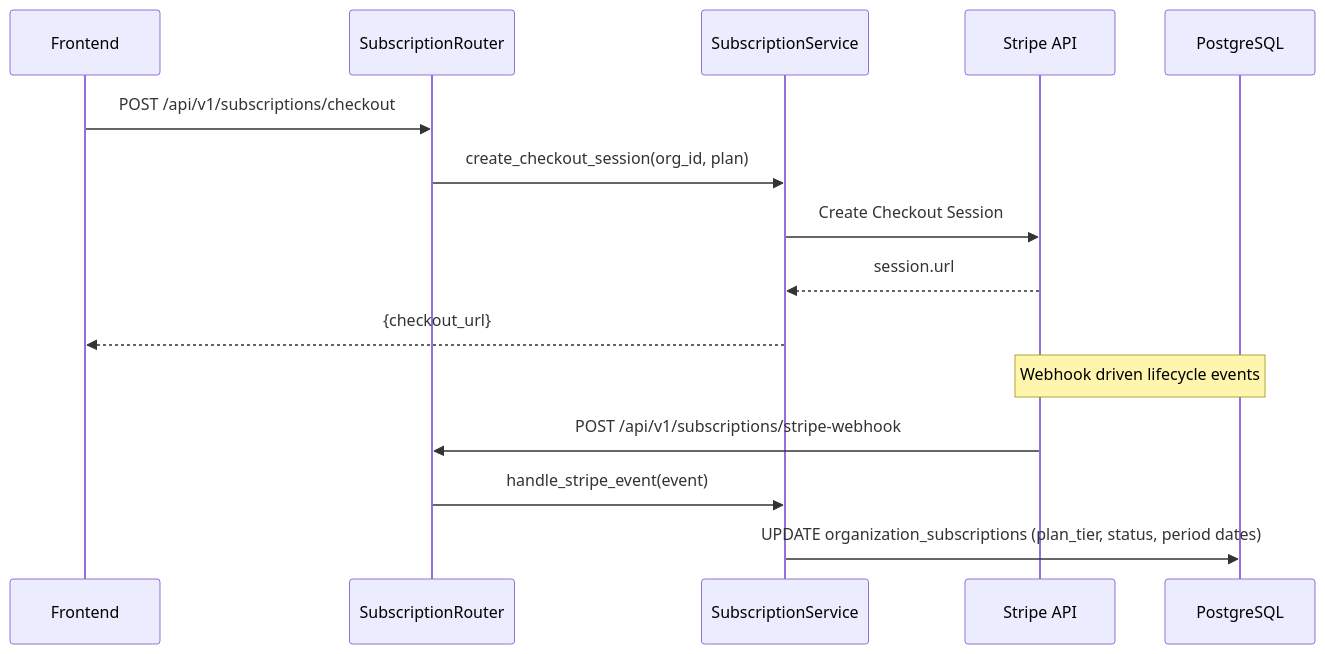
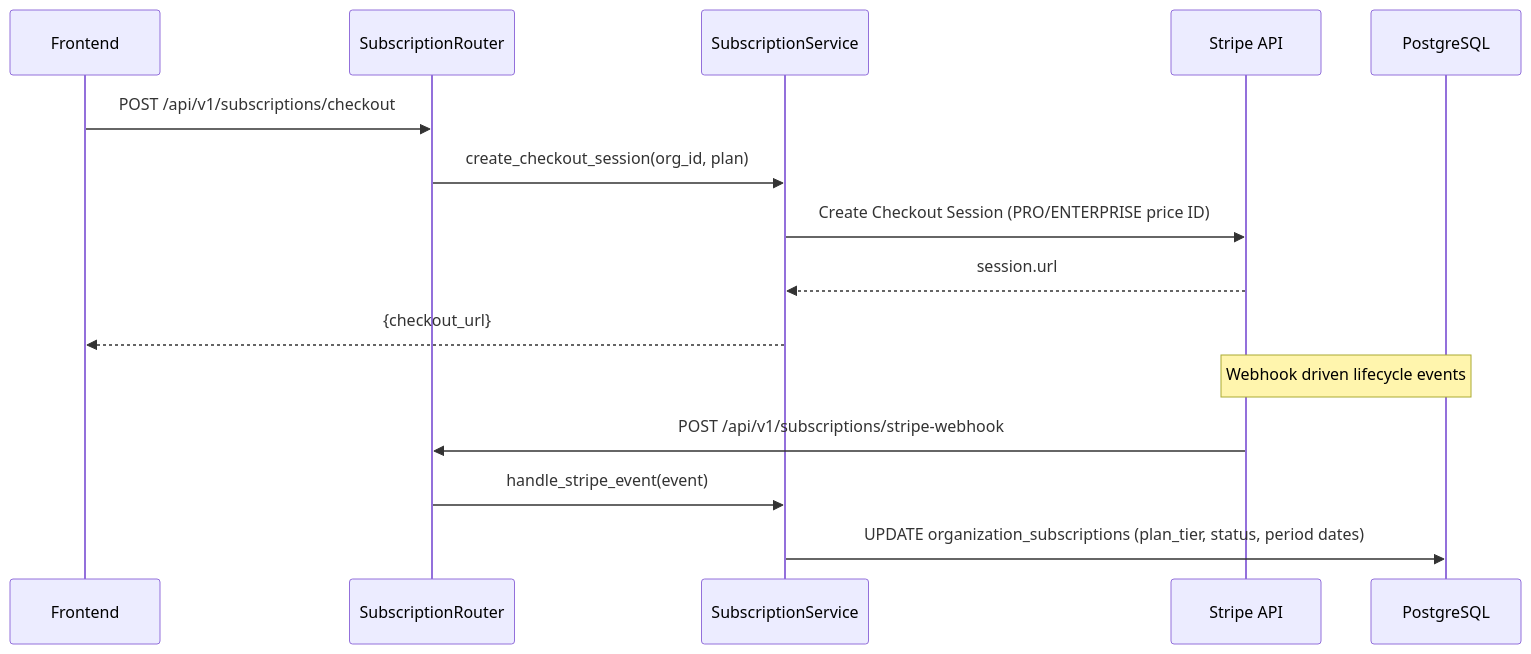
Before and after one commit to AnubhavDas651629/SUPPORT-AI: the sixth of 7 diagrams in README.md, drawn with Mermaid. The commit also changed other lines of this file and 1 other file, not shown here.

````diff
--- a/README.md
+++ b/README.md
@@ -170,19 +231,19 @@
 ```mermaid
 sequenceDiagram
     participant Frontend
     participant SubRouter as SubscriptionRouter
     participant SubSvc as SubscriptionService
     participant Stripe as Stripe API
     participant DB as PostgreSQL
 
     Frontend->>SubRouter: POST /api/v1/subscriptions/checkout
     SubRouter->>SubSvc: create_checkout_session(org_id, plan)
-    SubSvc->>Stripe: Create Checkout Session
+    SubSvc->>Stripe: Create Checkout Session (PRO/ENTERPRISE price ID)
     Stripe-->>SubSvc: session.url
     SubSvc-->>Frontend: {checkout_url}
 
     Note over Stripe,DB: Webhook driven lifecycle events
     Stripe->>SubRouter: POST /api/v1/subscriptions/stripe-webhook
     SubRouter->>SubSvc: handle_stripe_event(event)
     SubSvc->>DB: UPDATE organization_subscriptions (plan_tier, status, period dates)
 ```
````
